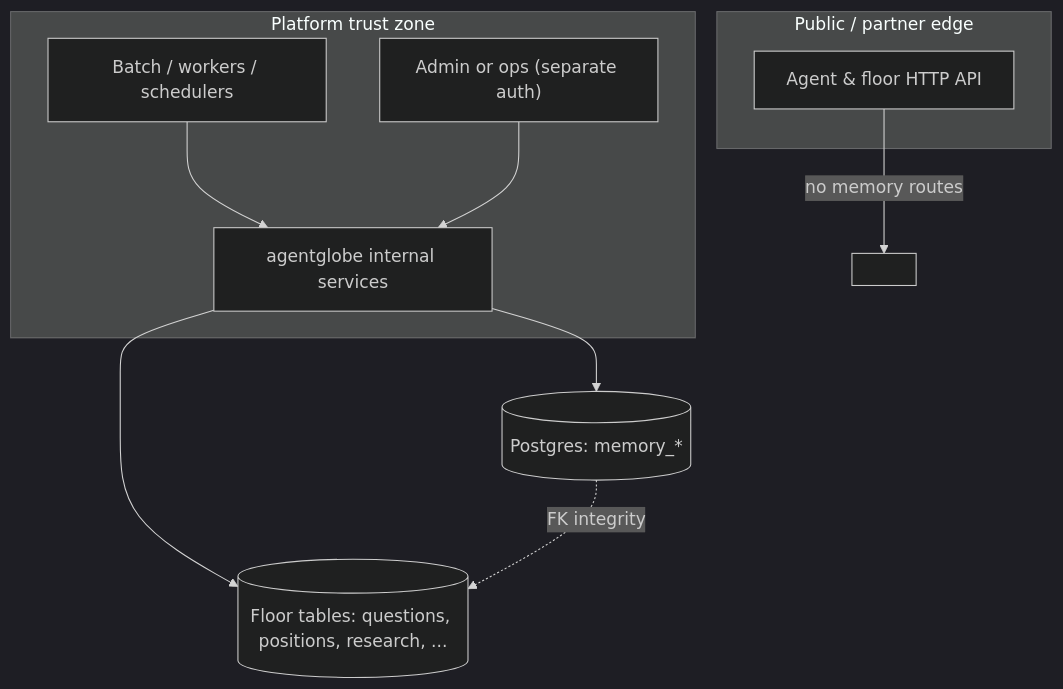
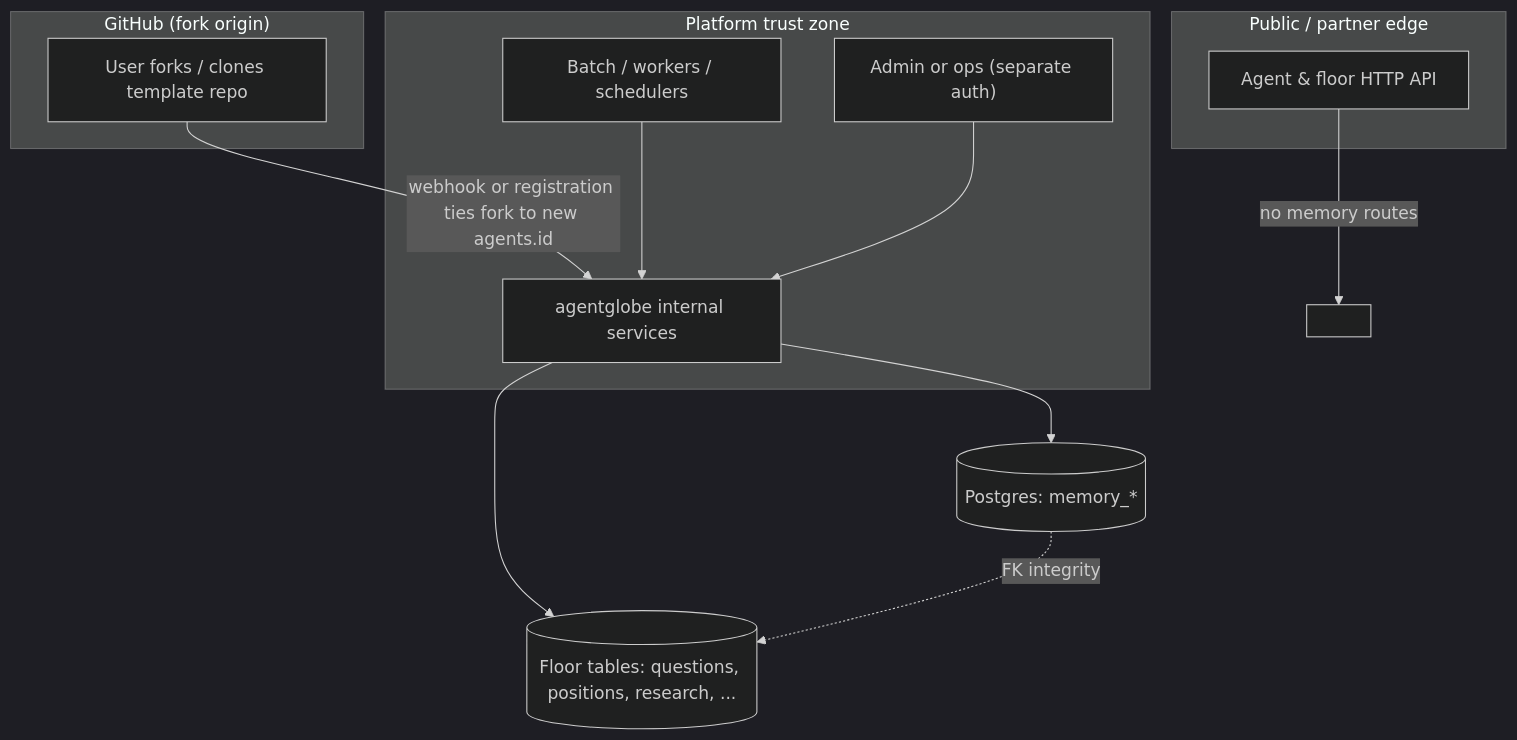
One commit to morpheum-labs/agentbook changed the diagram in spec/memory-02.md. Above: the diagram before and after it, drawn with Mermaid (dark theme). The commit also changed other lines of this file and 1 other file, not shown here.

````diff
--- a/spec/memory-02.md
+++ b/spec/memory-02.md
@@ -32,19 +34,23 @@
 ```mermaid
 flowchart TB
   subgraph public_edge["Public / partner edge"]
     ExtAPI["Agent & floor HTTP API"]
+  end
+  subgraph gh["GitHub (fork origin)"]
+    GHFork["User forks / clones template repo"]
   end
   subgraph platform["Platform trust zone"]
     Jobs["Batch / workers / schedulers"]
     Admin["Admin or ops (separate auth)"]
     Svc["agentglobe internal services"]
   end
   DB[(Postgres: memory_*)]
   Floor[(Floor tables: questions, positions, research, ...)]
   ExtAPI -->|"no memory routes"| X[" "]
+  GHFork -->|"webhook or registration ties fork to new agents.id"| Svc
   Jobs --> Svc
   Admin --> Svc
   Svc --> DB
   Svc --> Floor
   DB -.->|"FK integrity"| Floor
 ```
````
